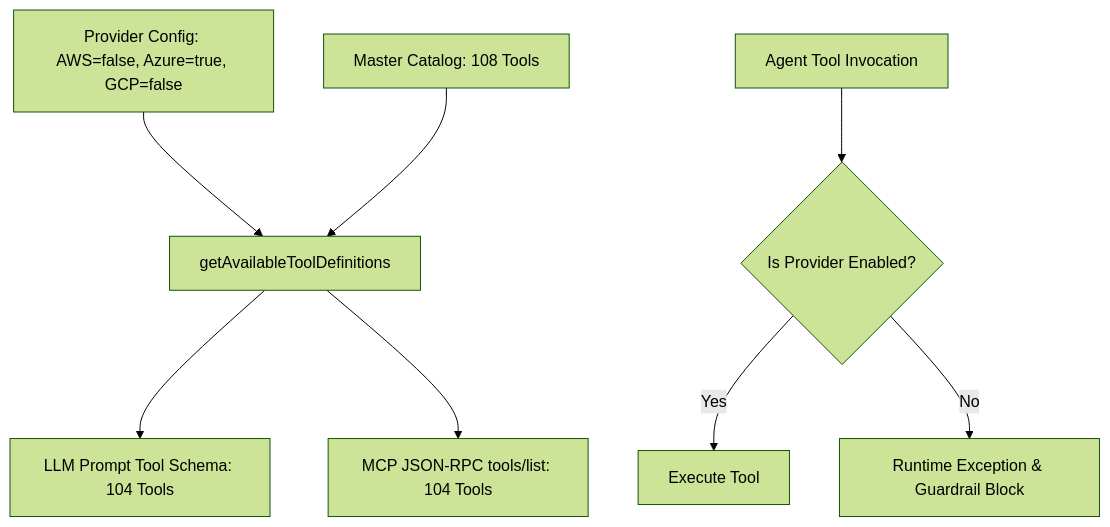
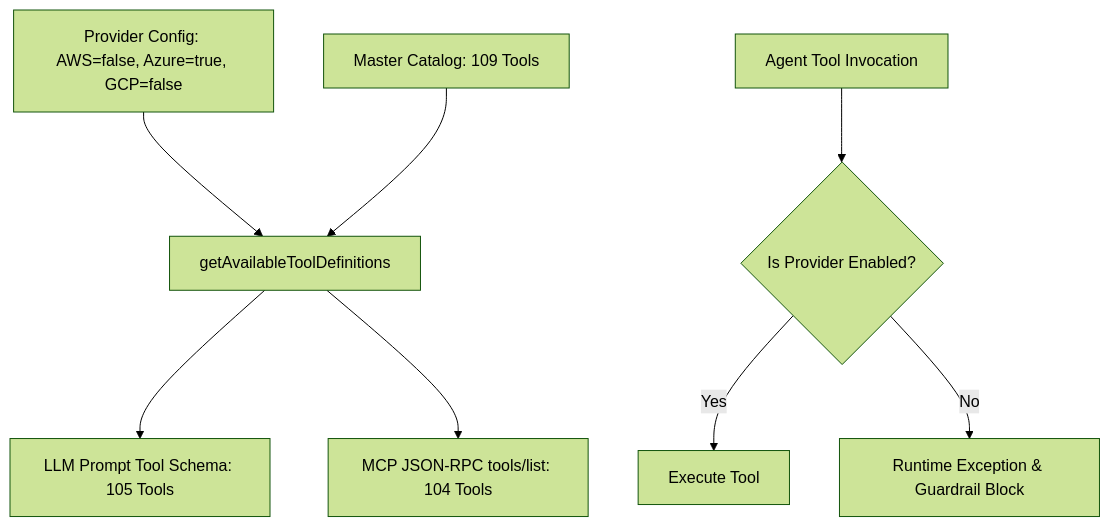
One commit to williamsjoshua005/devops-agent changed the diagram in docs/specs/26-cloud-provider-toggles-and-kubeconfig-grounding.md. Above: the diagram before and after it, drawn with Mermaid (forest theme). The commit also changed other lines of this file and 14 other files, not shown here.

````diff
--- a/docs/specs/26-cloud-provider-toggles-and-kubeconfig-grounding.md
+++ b/docs/specs/26-cloud-provider-toggles-and-kubeconfig-grounding.md
@@ -56,11 +61,11 @@
 ```mermaid
 flowchart TD
     Config[Provider Config: AWS=false, Azure=true, GCP=false] --> Filter[getAvailableToolDefinitions]
-    Master[Master Catalog: 108 Tools] --> Filter
-    Filter --> LLM[LLM Prompt Tool Schema: 104 Tools]
+    Master[Master Catalog: 109 Tools] --> Filter
+    Filter --> LLM[LLM Prompt Tool Schema: 105 Tools]
     Filter --> MCP[MCP JSON-RPC tools/list: 104 Tools]
 
     ToolCall[Agent Tool Invocation] --> Gate{Is Provider Enabled?}
     Gate -- Yes --> Execute[Execute Tool]
     Gate -- No --> Reject[Runtime Exception & Guardrail Block]
 ```
````
